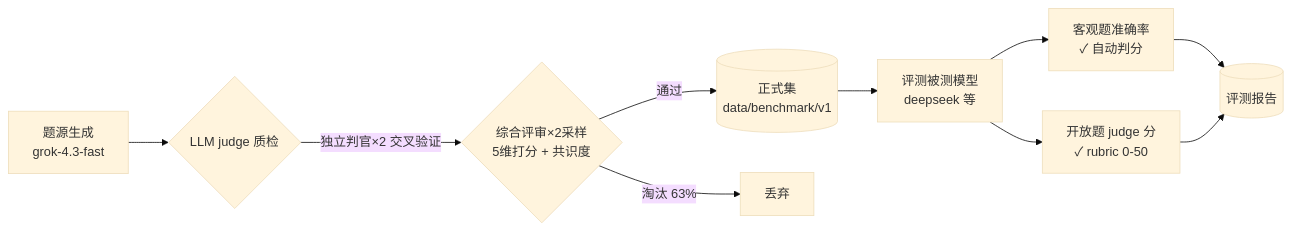
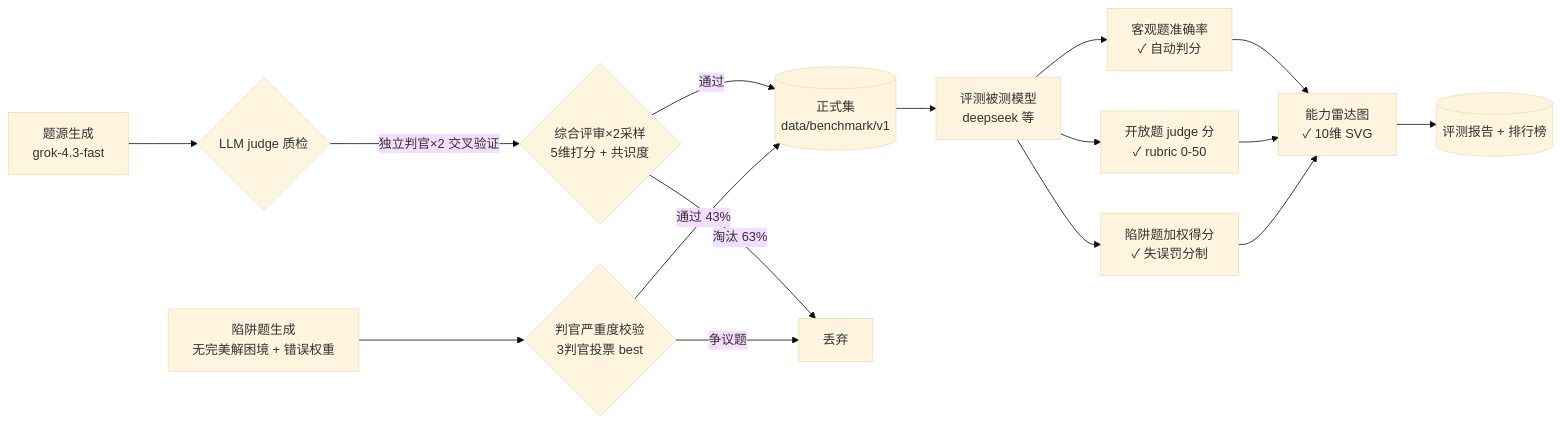
One commit to HEHUA2005/ChineseSocialSurvivalBenchmark changed the diagram in README.md. Above: the diagram before and after it, drawn with Mermaid (base theme). The commit also changed other lines of this file and 48 other files, not shown here.

First line of the commit message:
feat: 陷阱题体系(加权失误评分) + 10维雷达图 + 6模型综合排行榜

````diff
--- a/README.md
+++ b/README.md
@@ -40,11 +42,18 @@
 ```mermaid
 flowchart LR
     A[题源生成<br/>grok-4.3-fast] --> B{LLM judge 质检}
     B -->|独立判官×2 交叉验证| C{综合评审×2采样<br/>5维打分 + 共识度}
     C -->|通过| D[(正式集<br/>data/benchmark/v1)]
     C -->|淘汰 63%| E[丢弃]
+
+    T[陷阱题生成<br/>无完美解困境 + 错误权重] --> V{判官严重度校验<br/>3判官投票 best}
+    V -->|通过 43%| D
+    V -->|争议题| E
+
     D --> F[评测被测模型<br/>deepseek 等]
     F --> G[客观题准确率<br/>✓ 自动判分]
     F --> H[开放题 judge 分<br/>✓ rubric 0-50]
-    G & H --> I[(评测报告)]
+    F --> J[陷阱题加权得分<br/>✓ 失误罚分制]
+    G & H & J --> R[能力雷达图<br/>✓ 10维 SVG]
+    R --> I[(评测报告 + 排行榜)]
 ```
````
